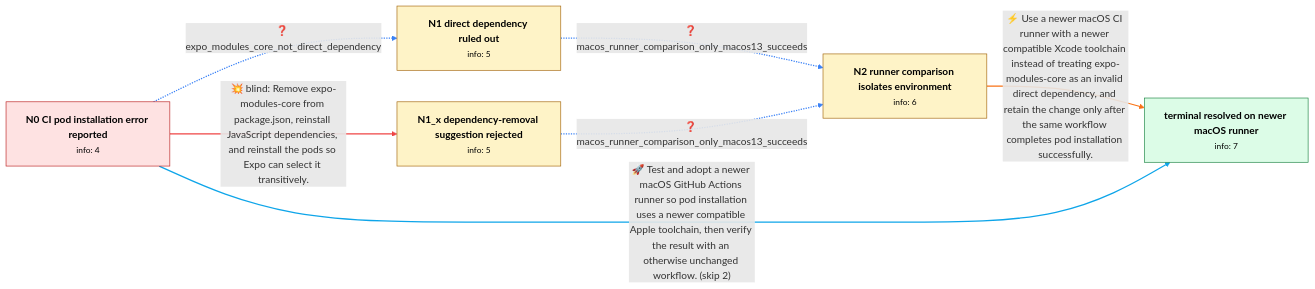
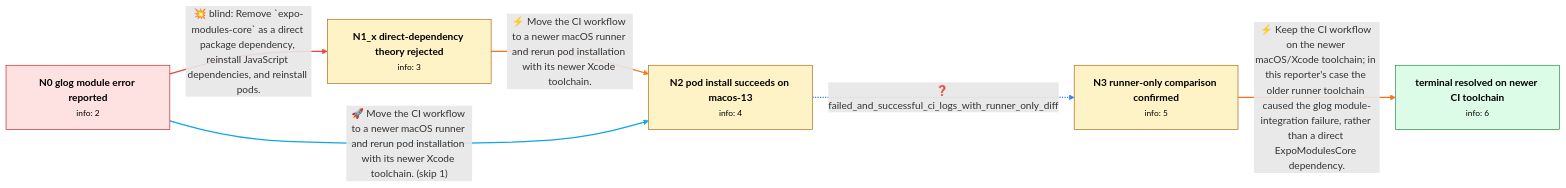
Before and after one commit to Chaoyi-He1/graph_bench: the diagram in data/github_v0/review/gh_expo_expo_25905.md, drawn with Mermaid. The commit also changed other lines of this file and 105 other files, not shown here.

````diff
--- a/data/github_v0/review/gh_expo_expo_25905.md
+++ b/data/github_v0/review/gh_expo_expo_25905.md
@@ -10,28 +10,26 @@
 ```mermaid
 flowchart LR
-    N0["<b>N0 CI pod installation error reported</b><br/><small>info: 4</small>"]
-    N1["<b>N1 direct dependency ruled out</b><br/><small>info: 5</small>"]
-    N1_x["<b>N1_x dependency-removal suggestion rejected</b><br/><small>info: 5</small>"]
-    N2["<b>N2 runner comparison isolates environment</b><br/><small>info: 6</small>"]
-    N_terminal["<b>terminal resolved on newer macOS runner</b><br/><small>info: 7</small>"]
-    N0 -.->|"❓ expo_modules_core_not_direct_dependency"| N1
-    linkStyle 0 stroke:#3b82f6,stroke-width:2px
-    N0 ==>|"💥 blind: Remove expo-modules-core from package.json, reinstall JavaScript dependencies, and reinstall the pods so Expo can select it transitively."| N1_x
-    linkStyle 1 stroke:#ef4444,stroke-width:2px
-    N1 -.->|"❓ macos_runner_comparison_only_macos13_succeeds"| N2
-    linkStyle 2 stroke:#3b82f6,stroke-width:2px
-    N1_x -.->|"❓ macos_runner_comparison_only_macos13_succeeds"| N2
+    N0["<b>N0 glog module error reported</b><br/><small>info: 2</small>"]
+    N1_x["<b>N1_x direct-dependency theory rejected</b><br/><small>info: 3</small>"]
+    N2["<b>N2 pod install succeeds on macos-13</b><br/><small>info: 4</small>"]
+    N3["<b>N3 runner-only comparison confirmed</b><br/><small>info: 5</small>"]
+    N_terminal["<b>terminal resolved on newer CI toolchain</b><br/><small>info: 6</small>"]
+    N0 ==>|"💥 blind: Remove `expo-modules-core` as a direct package dependency, reinstall JavaScript dependencies, and reinstall pods."| N1_x
+    linkStyle 0 stroke:#ef4444,stroke-width:2px
+    N1_x ==>|"⚡ Move the CI workflow to a newer macOS runner and rerun pod installation with its newer Xcode toolchain."| N2
+    linkStyle 1 stroke:#f97316,stroke-width:2px
+    N0 ==>|"🚀 Move the CI workflow to a newer macOS runner and rerun pod installation with its newer Xcode toolchain. (skip 1)"| N2
+    linkStyle 2 stroke:#0ea5e9,stroke-width:2px
+    N2 -.->|"❓ failed_and_successful_ci_logs_with_runner_only_diff"| N3
     linkStyle 3 stroke:#3b82f6,stroke-width:2px
-    N2 ==>|"⚡ Use a newer macOS CI runner with a newer compatible Xcode toolchain instead of treating expo-modules-core as an invalid direct dependency, and retain the change only after the same workflow completes pod installation successfully."| N_terminal
+    N3 ==>|"⚡ Keep the CI workflow on the newer macOS/Xcode toolchain; in this reporter's case the older runner toolchain caused the glog module-integration failure, rather than a direct ExpoModulesCore dependency."| N_terminal
     linkStyle 4 stroke:#f97316,stroke-width:2px
-    N0 ==>|"🚀 Test and adopt a newer macOS GitHub Actions runner so pod installation uses a newer compatible Apple toolchain, then verify the result with an otherwise unchanged workflow. (skip 2)"| N_terminal
-    linkStyle 5 stroke:#0ea5e9,stroke-width:2px
     class N0 start
-    class N1 normal
     class N1_x normal
     class N2 normal
+    class N3 normal
     class N_terminal terminal
     classDef start fill:#fee2e2,stroke:#b91c1c,color:#000
     classDef terminal fill:#dcfce7,stroke:#15803d,color:#000
     classDef normal fill:#fef3c7,stroke:#a16207,color:#000
 ```
````
